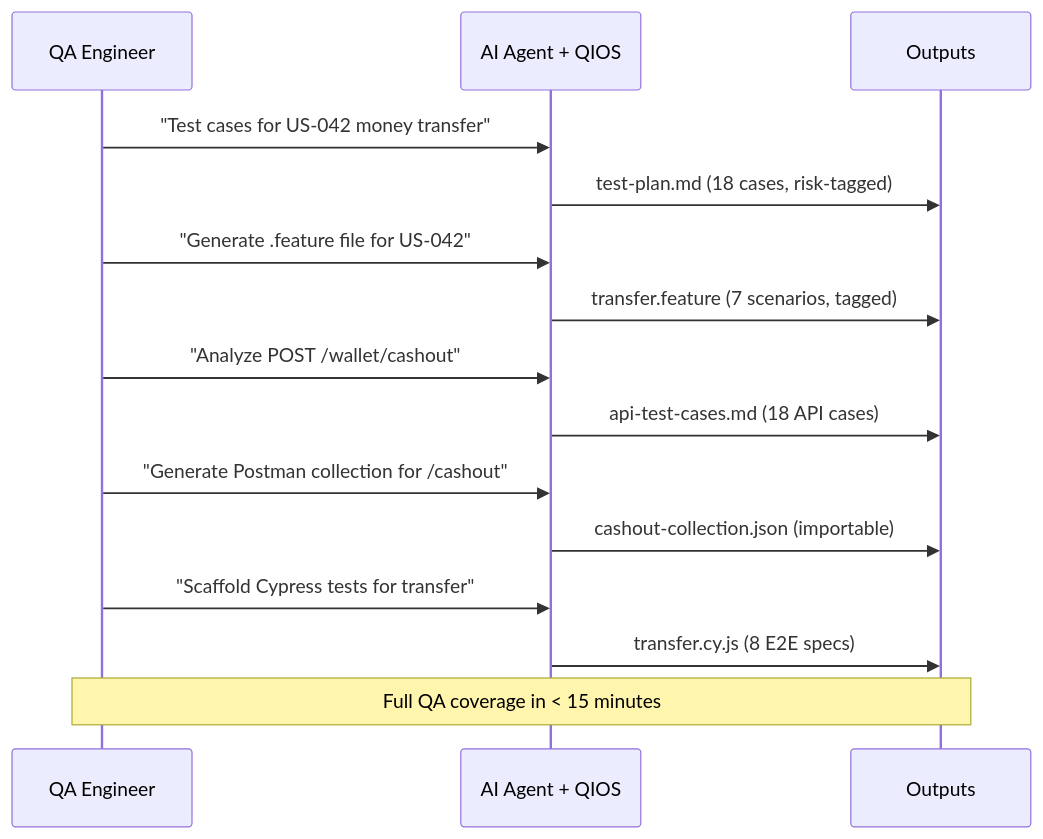
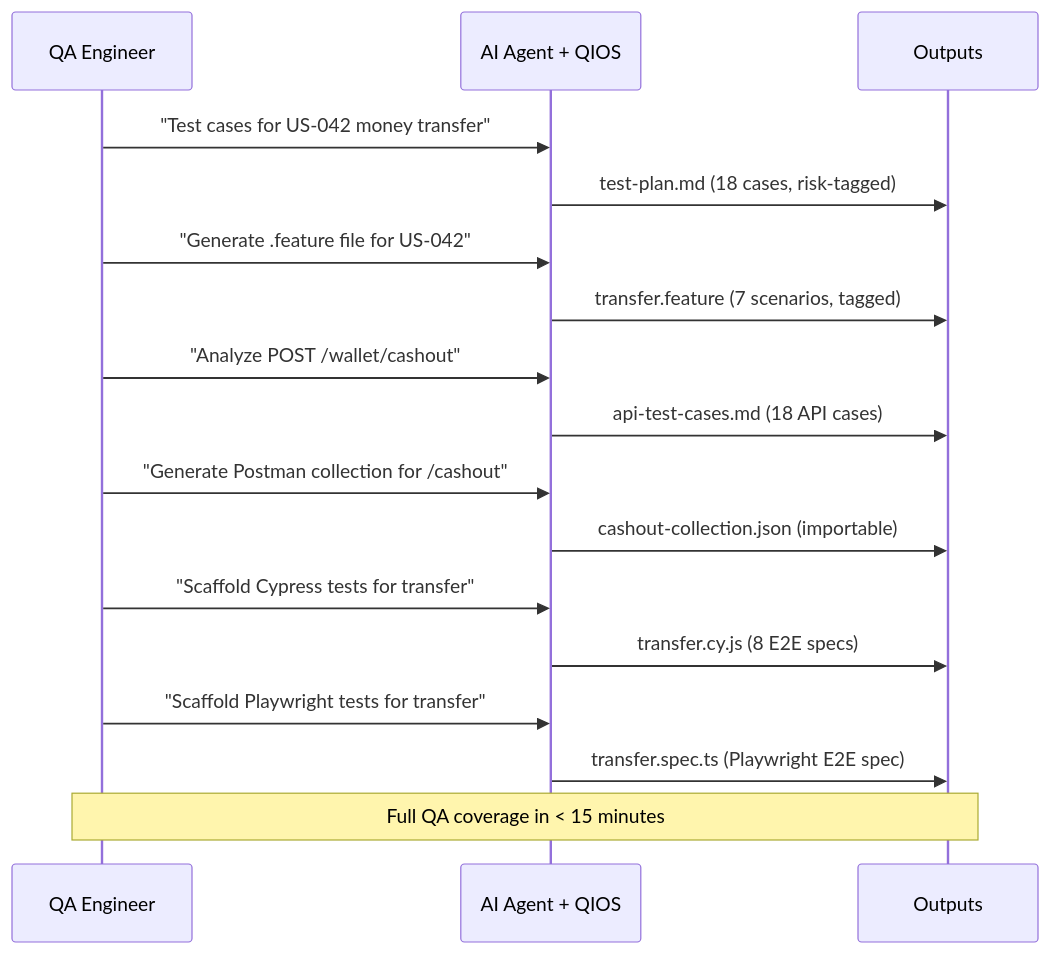
The seventh of 7 diagrams in docs/examples.md (mahmoumaima/QIOS), drawn with Mermaid before and after one commit. The commit also changed other lines of this file and 16 other files, not shown here.

````diff
--- a/docs/examples.md
+++ b/docs/examples.md
@@ -213,23 +253,26 @@
 ```mermaid
 sequenceDiagram
     participant QA as QA Engineer
     participant AI as AI Agent + QIOS
     participant OUT as Outputs
 
     QA->>AI: "Test cases for US-042 money transfer"
     AI->>OUT: test-plan.md (18 cases, risk-tagged)
 
     QA->>AI: "Generate .feature file for US-042"
     AI->>OUT: transfer.feature (7 scenarios, tagged)
 
     QA->>AI: "Analyze POST /wallet/cashout"
     AI->>OUT: api-test-cases.md (18 API cases)
 
     QA->>AI: "Generate Postman collection for /cashout"
     AI->>OUT: cashout-collection.json (importable)
 
     QA->>AI: "Scaffold Cypress tests for transfer"
     AI->>OUT: transfer.cy.js (8 E2E specs)
 
+    QA->>AI: "Scaffold Playwright tests for transfer"
+    AI->>OUT: transfer.spec.ts (Playwright E2E spec)
+
     Note over QA,OUT: Full QA coverage in < 15 minutes
 ```
````
